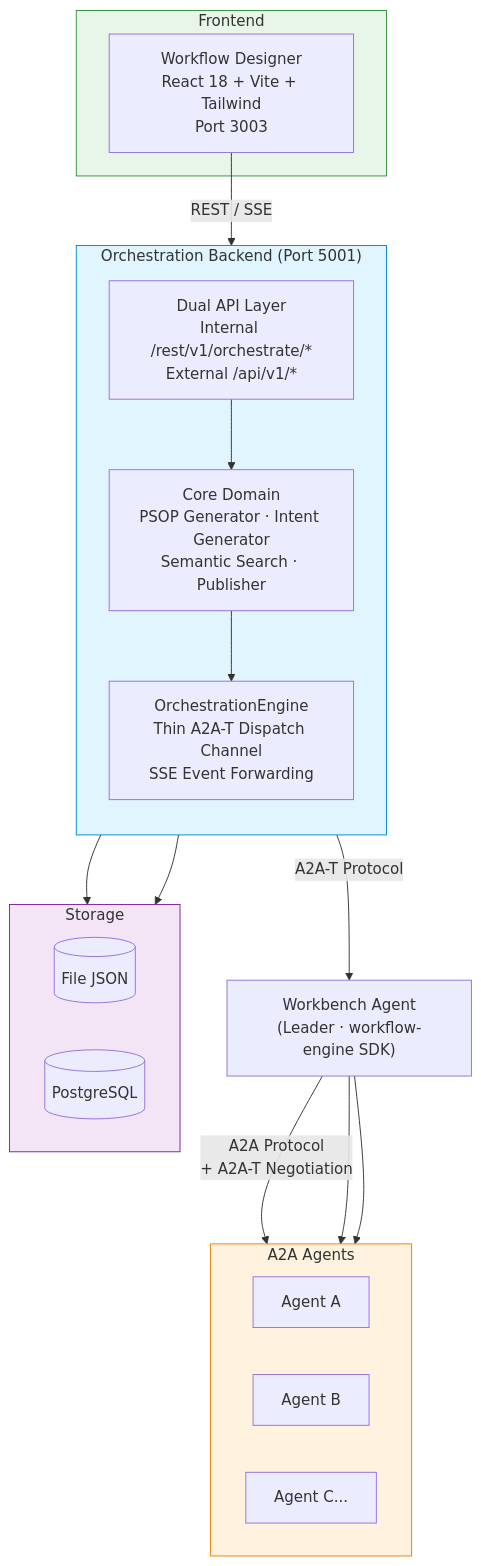
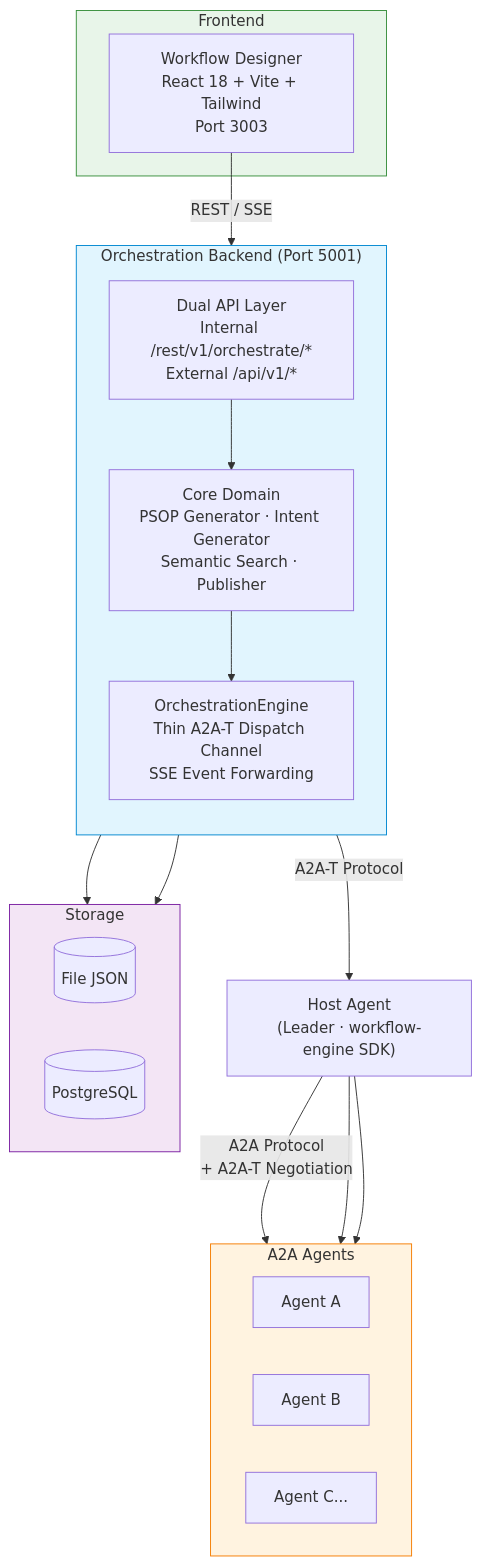
Before and after one commit to Zhoujie628/orchestration-center: the second of 2 diagrams in README.md, drawn with Mermaid. The commit also changed other lines of this file and 32 other files, not shown here.

Commit message:
refactor(host-agent): separate runtime from sample policy

````diff
--- a/README.md
+++ b/README.md
@@ -265,41 +265,41 @@
 ```mermaid
 flowchart TB
     subgraph frontend["Frontend"]
         wd["Workflow Designer<br/>React 18 + Vite + Tailwind<br/>Port 3003"]
     end
 
     subgraph backend["Orchestration Backend (Port 5001)"]
         direction TB
         api["Dual API Layer<br/>Internal /rest/v1/orchestrate/*<br/>External /api/v1/*"]
         domain["Core Domain<br/>PSOP Generator · Intent Generator<br/>Semantic Search · Publisher"]
         engine["OrchestrationEngine<br/>Thin A2A-T Dispatch Channel<br/>SSE Event Forwarding"]
     end
 
     subgraph storage["Storage"]
         direction LR
         file[("File JSON")]
         pg[("PostgreSQL")]
     end
 
     subgraph agents["A2A Agents"]
         direction LR
         a1["Agent A"]
         a2["Agent B"]
         a3["Agent C..."]
     end
 
     wd -->|"REST / SSE"| api
     api --> domain
     domain --> engine
     engine --> file
     engine --> pg
-    engine -->|"A2A-T Protocol"| wb["Workbench Agent<br/>(Leader · workflow-engine SDK)"]
+    engine -->|"A2A-T Protocol"| wb["Host Agent<br/>(Leader · workflow-engine SDK)"]
     wb -->|"A2A Protocol<br/>+ A2A-T Negotiation"| a1
     wb --> a2
     wb --> a3
 
     style backend fill:#e1f5fe,stroke:#0288d1
     style frontend fill:#e8f5e9,stroke:#388e3c
     style storage fill:#f3e5f5,stroke:#7b1fa2
     style agents fill:#fff3e0,stroke:#f57c00
 ```
````
